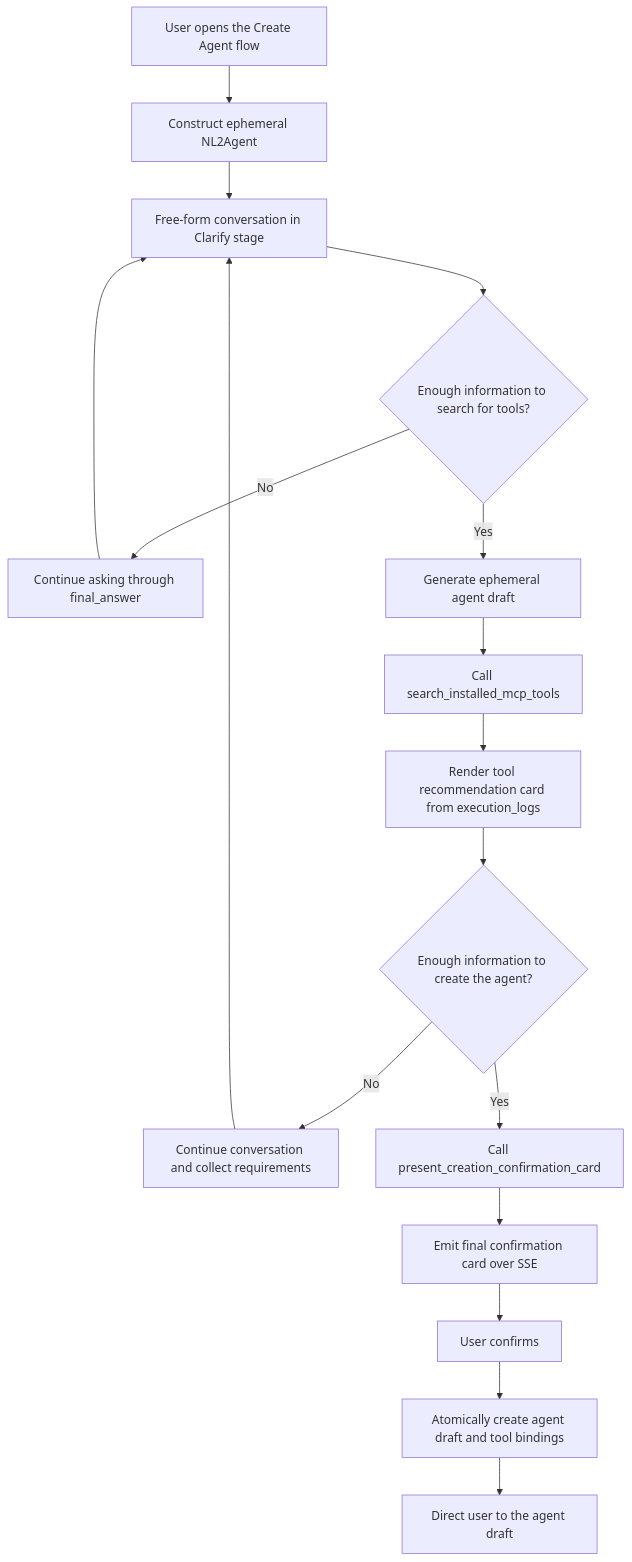
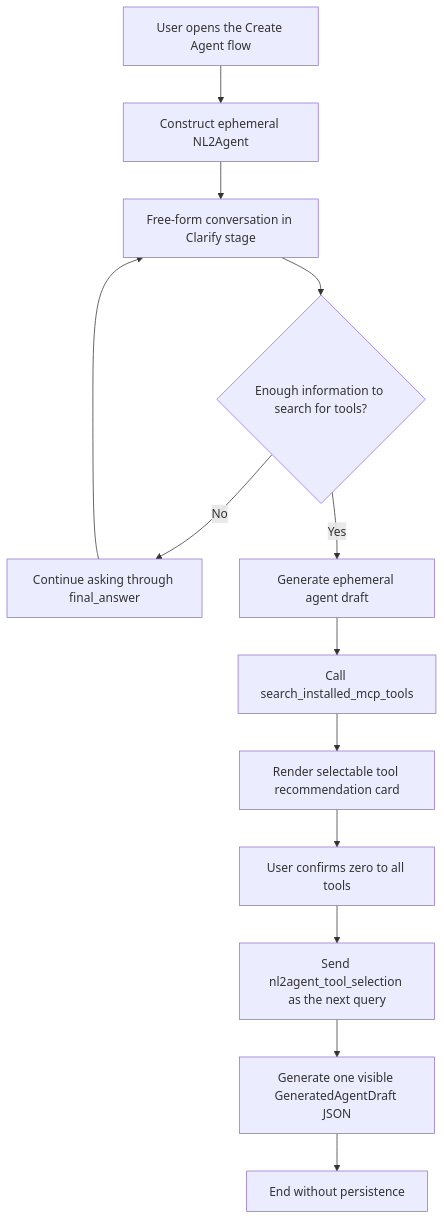
Before and after one commit to ModelEngine-Group/nexent: the diagram in doc/nl2agent-design.md, drawn with Mermaid. The commit also changed other lines of this file and 10 other files, not shown here.

Commit message:
✨ Feat: Confirm NL2Agent tool selections

````diff
--- a/doc/nl2agent-design.md
+++ b/doc/nl2agent-design.md
@@ -93,19 +101,15 @@
 ```mermaid
 flowchart TD
     A[User opens the Create Agent flow] --> B[Construct ephemeral NL2Agent]
     B --> C[Free-form conversation in Clarify stage]
     C --> D{Enough information to search for tools?}
     D -- No --> E[Continue asking through final_answer]
     E --> C
     D -- Yes --> F[Generate ephemeral agent draft]
     F --> G[Call search_installed_mcp_tools]
-    G --> H[Render tool recommendation card from execution_logs]
-    H --> I{Enough information to create the agent?}
-    I -- No --> J[Continue conversation and collect requirements]
-    J --> C
-    I -- Yes --> K[Call present_creation_confirmation_card]
-    K --> L[Emit final confirmation card over SSE]
-    L --> M[User confirms]
-    M --> N[Atomically create agent draft and tool bindings]
-    N --> O[Direct user to the agent draft]
+    G --> H[Render selectable tool recommendation card]
+    H --> I[User confirms zero to all tools]
+    I --> J[Send nl2agent_tool_selection as the next query]
+    J --> K[Generate one visible GeneratedAgentDraft JSON]
+    K --> L[End without persistence]
 ```
````
